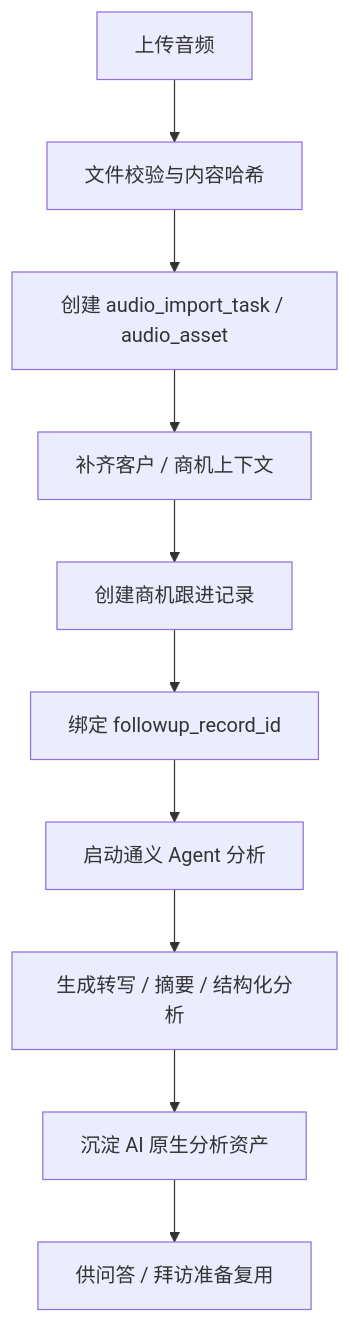
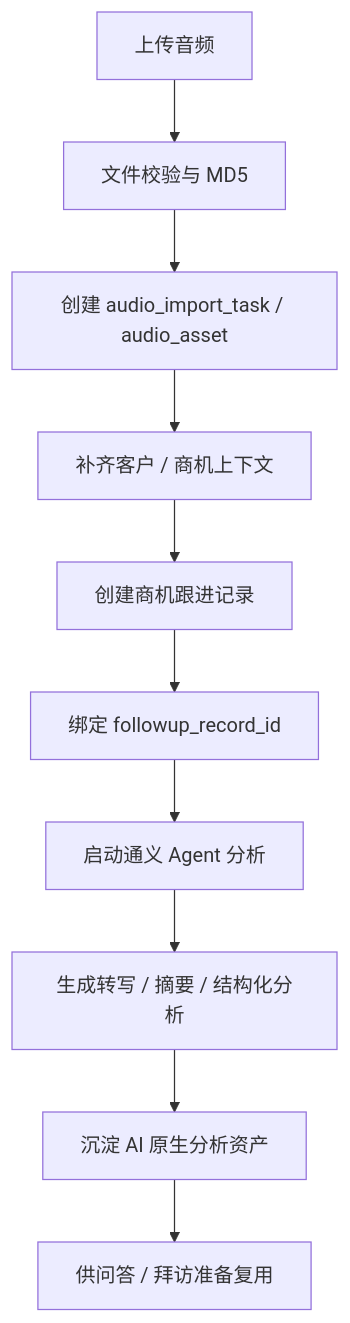
Before and after one commit to weeks1743/yzj-ai-crm: the diagram in docs/05-录音导入场景设计.md, drawn with Mermaid. The commit also changed other lines of this file and 77 other files, not shown here.

````diff
--- a/docs/05-录音导入场景设计.md
+++ b/docs/05-录音导入场景设计.md
@@ -157,12 +215,12 @@
 ```mermaid
 flowchart TD
-    A["上传音频"] --> B["文件校验与内容哈希"]
+    A["上传音频"] --> B["文件校验与 MD5"]
     B --> C["创建 audio_import_task / audio_asset"]
     C --> D["补齐客户 / 商机上下文"]
     D --> E["创建商机跟进记录"]
     E --> F["绑定 followup_record_id"]
     F --> G["启动通义 Agent 分析"]
     G --> H["生成转写 / 摘要 / 结构化分析"]
     H --> I["沉淀 AI 原生分析资产"]
     I --> J["供问答 / 拜访准备复用"]
 ```
````
